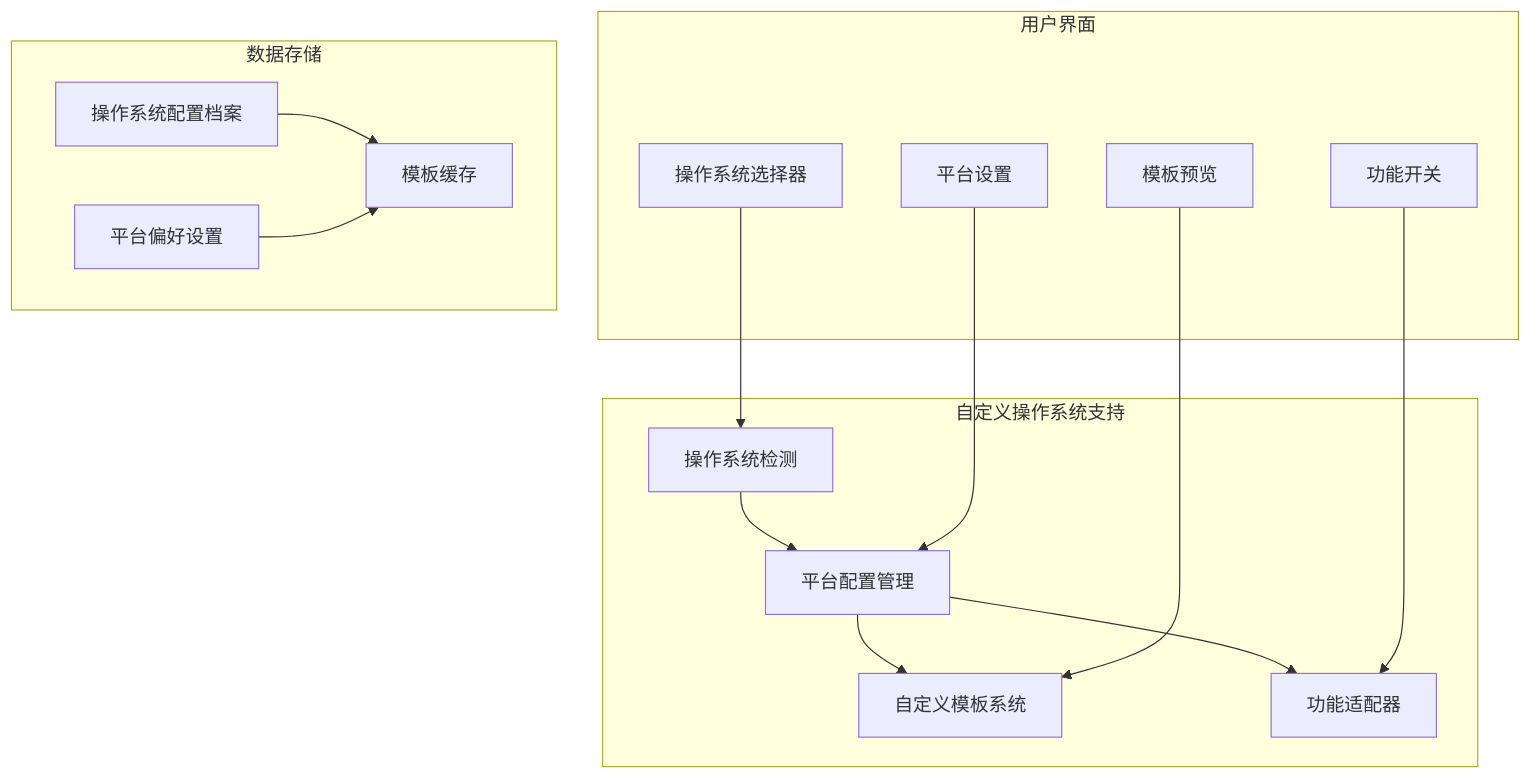
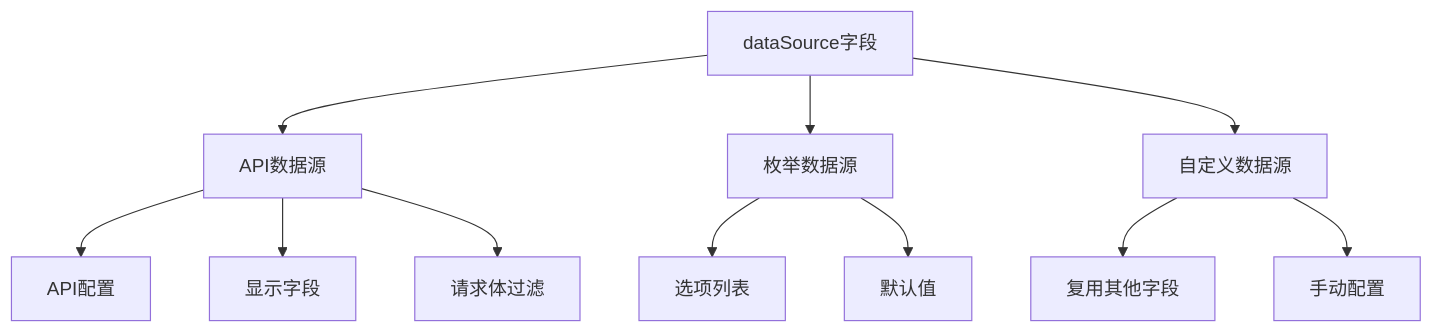
Before and after one commit to Sosososolong/AirGo: the ninth of 12 diagrams in .qoder/repowiki/zh/content/项目概述/核心特性/低代码VDS可视化编辑器系统.md, drawn with Mermaid. The commit also changed other lines of this file and 7 other files, not shown here.

````diff
--- a/.qoder/repowiki/zh/content/项目概述/核心特性/低代码VDS可视化编辑器系统.md
+++ b/.qoder/repowiki/zh/content/项目概述/核心特性/低代码VDS可视化编辑器系统.md
@@ -305,29 +435,13 @@
 ```mermaid
 graph TB
-subgraph "自定义操作系统支持"
-OSDetection[操作系统检测]
-PlatformConfig[平台配置管理]
-CustomTemplates[自定义模板系统]
-FeatureAdaptation[功能适配器]
-end
-subgraph "用户界面"
-OSSelector[操作系统选择器]
-PlatformSettings[平台设置]
-TemplatePreview[模板预览]
-FeatureToggle[功能开关]
-end
-subgraph "数据存储"
-OSProfiles[操作系统配置档案]
-PlatformPrefs[平台偏好设置]
-TemplateCache[模板缓存]
-end
-OSDetection --> PlatformConfig
-PlatformConfig --> CustomTemplates
-PlatformConfig --> FeatureAdaptation
-OSSelector --> OSDetection
-PlatformSettings --> PlatformConfig
-TemplatePreview --> CustomTemplates
-FeatureToggle --> FeatureAdaptation
-OSProfiles --> TemplateCache
-PlatformPrefs --> TemplateCache
+DataSource[dataSource字段] --> Api[API数据源]
+DataSource --> Enum[枚举数据源]
+DataSource --> Custom[自定义数据源]
+Api --> ApiConfig[API配置]
+Api --> DisplayField[显示字段]
+Api --> BodyFilter[请求体过滤]
+Enum --> Options[选项列表]
+Enum --> DefaultValue[默认值]
+Custom --> ReuseFrom[复用其他字段]
+Custom --> ManualConfig[手动配置]
 ```
````
